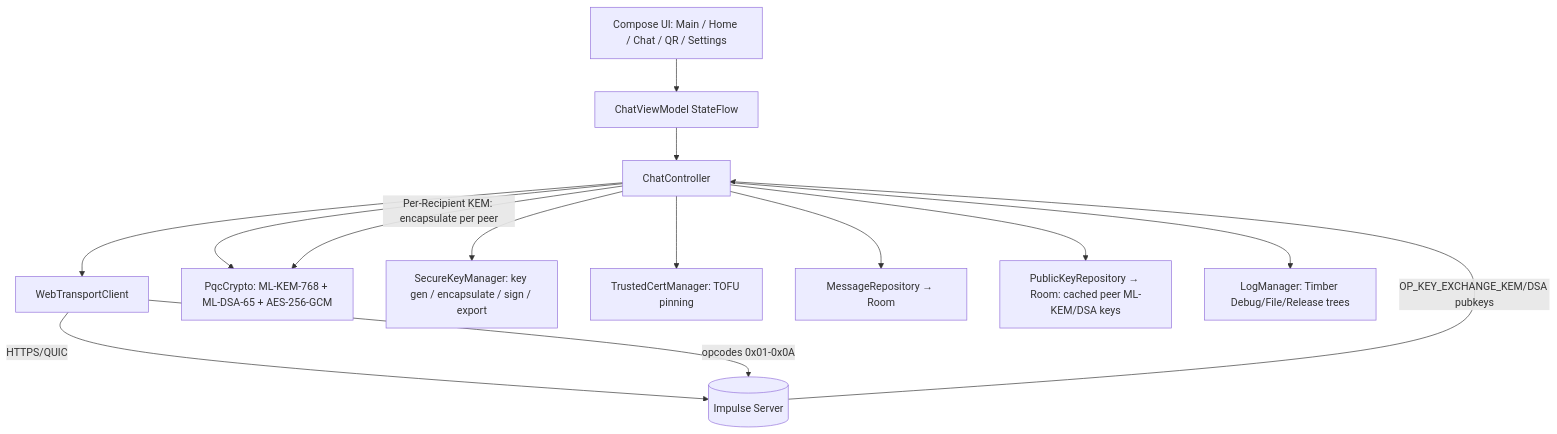
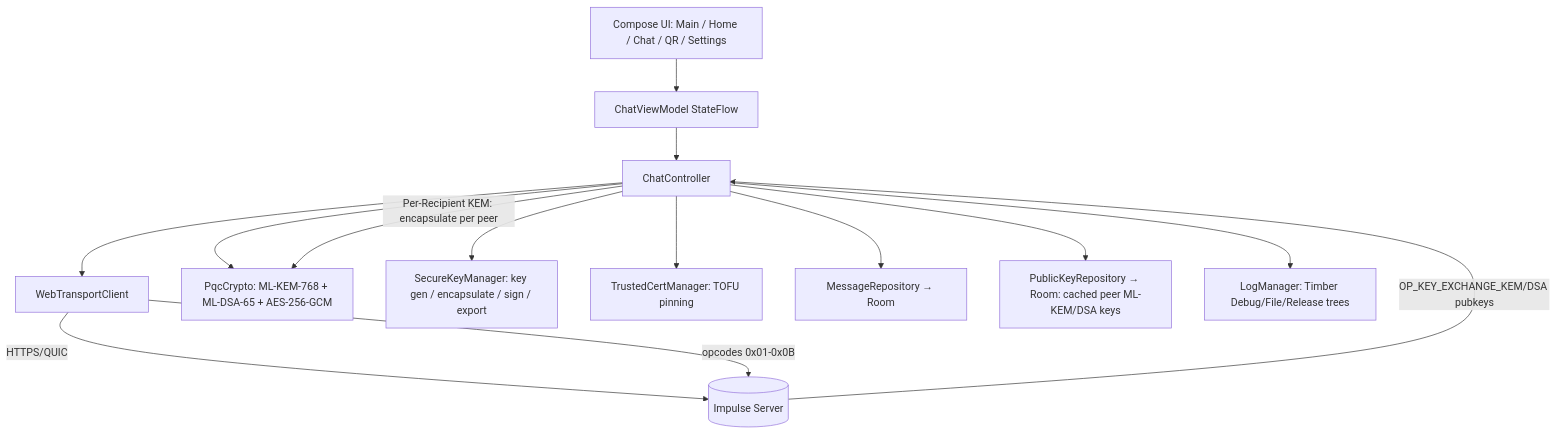
The first of 2 diagrams in README.md (Oqune/Impulse-client), drawn with Mermaid before and after one commit. The commit also changed other lines of this file and 28 other files, not shown here.

````diff
--- a/README.md
+++ b/README.md
@@ -348,16 +370,16 @@
 ```mermaid
 flowchart TD
     UI[Compose UI: Main / Home / Chat / QR / Settings] --> VM[ChatViewModel StateFlow]
     VM --> CC[ChatController]
     CC --> WT[WebTransportClient]
     WT -->|HTTPS/QUIC| SRV[(Impulse Server)]
     CC --> CRYPTO[PqcCrypto: ML-KEM-768 + ML-DSA-65 + AES-256-GCM]
     CC --> SKM[SecureKeyManager: key gen / encapsulate / sign / export]
     CC --> CERT[TrustedCertManager: TOFU pinning]
     CC --> REPO[MessageRepository → Room]
     CC --> PKR[PublicKeyRepository → Room: cached peer ML-KEM/DSA keys]
     CC --> LOG[LogManager: Timber Debug/File/Release trees]
-    WT -->|opcodes 0x01-0x0A| SRV
+    WT -->|opcodes 0x01-0x0B| SRV
     SRV -->|OP_KEY_EXCHANGE_KEM/DSA pubkeys| CC
     CC -->|Per-Recipient KEM: encapsulate per peer| CRYPTO
 ```
````
